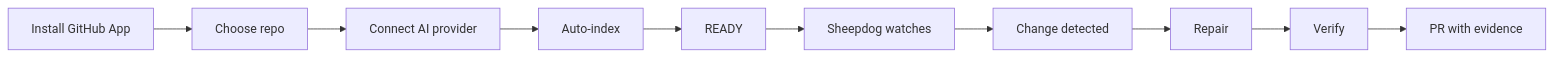
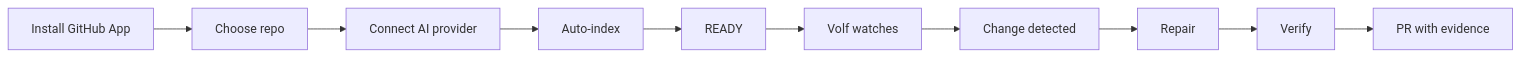
One commit to Devaretanmay/HAVFRYS changed the first of 3 diagrams in docs/SYSTEM_MAP.md. Above: the diagram before and after it, drawn with Mermaid. The commit also changed other lines of this file and 222 other files, not shown here.

First line of the commit message:
feat!: rename Sheepdog to Volf, add Howl hunt voice

````diff
--- a/docs/SYSTEM_MAP.md
+++ b/docs/SYSTEM_MAP.md
@@ -7,12 +7,12 @@
 ```mermaid
 flowchart LR
     A["Install GitHub App"] --> B["Choose repo"]
     B --> C["Connect AI provider"]
     C --> D["Auto-index"]
     D --> E["READY"]
-    E --> F["Sheepdog watches"]
+    E --> F["Volf watches"]
     F --> G["Change detected"]
     G --> H["Repair"]
     H --> I["Verify"]
     I --> J["PR with evidence"]
 ```
````
